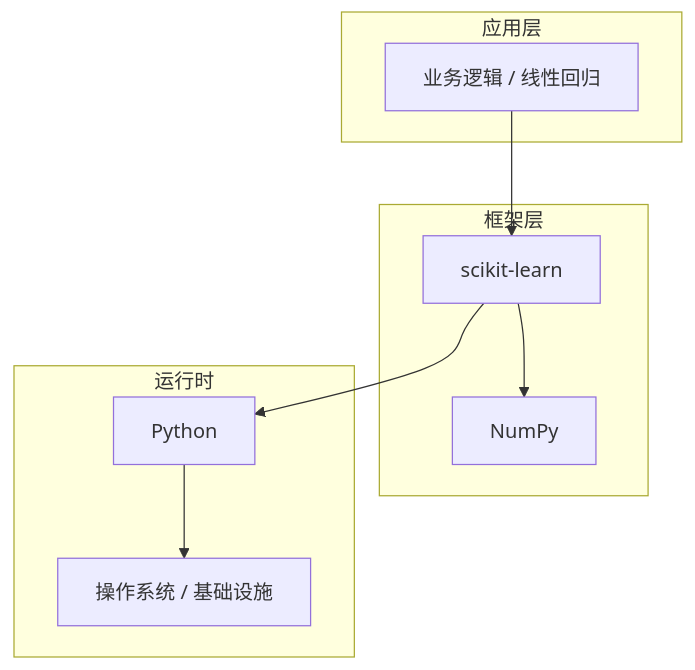
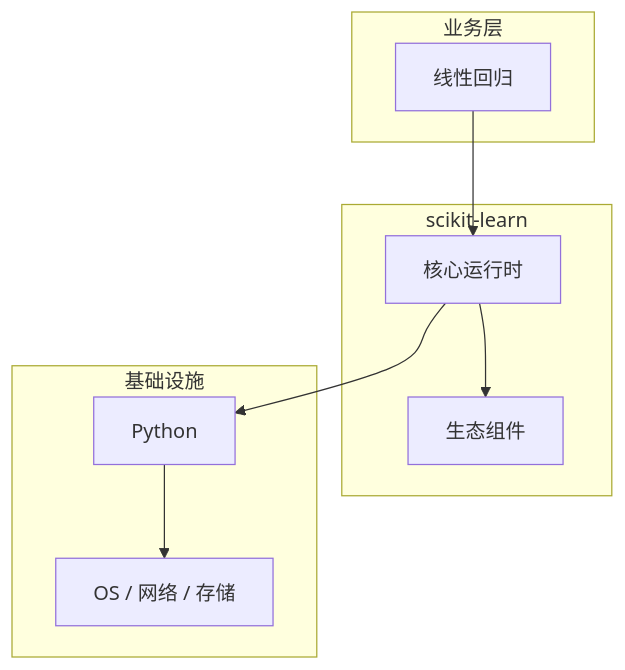
One commit to yanggan2015/knowledge-json-v2 changed the diagram in articles/机器学习/chapters/022-线性回归核心概念与原理.md. Above: the diagram before and after it, drawn with Mermaid. The commit also changed other lines of this file and 10127 other files, not shown here.

````diff
--- a/articles/机器学习/chapters/022-线性回归核心概念与原理.md
+++ b/articles/机器学习/chapters/022-线性回归核心概念与原理.md
@@ -45,18 +30,18 @@
 ```mermaid
 graph TB
-    subgraph 应用层
-        A[业务逻辑 / 线性回归]
+    subgraph 业务层
+        A[线性回归]
     end
-    subgraph 框架层
-        B[scikit-learn]
-        C[NumPy]
+    subgraph scikit-learn
+        B[核心运行时]
+        C[生态组件]
     end
-    subgraph 运行时
+    subgraph 基础设施
         D[Python]
-        E[操作系统 / 基础设施]
+        E[OS / 网络 / 存储]
     end
     A --> B
     B --> C
     B --> D
     D --> E
 ```
````
